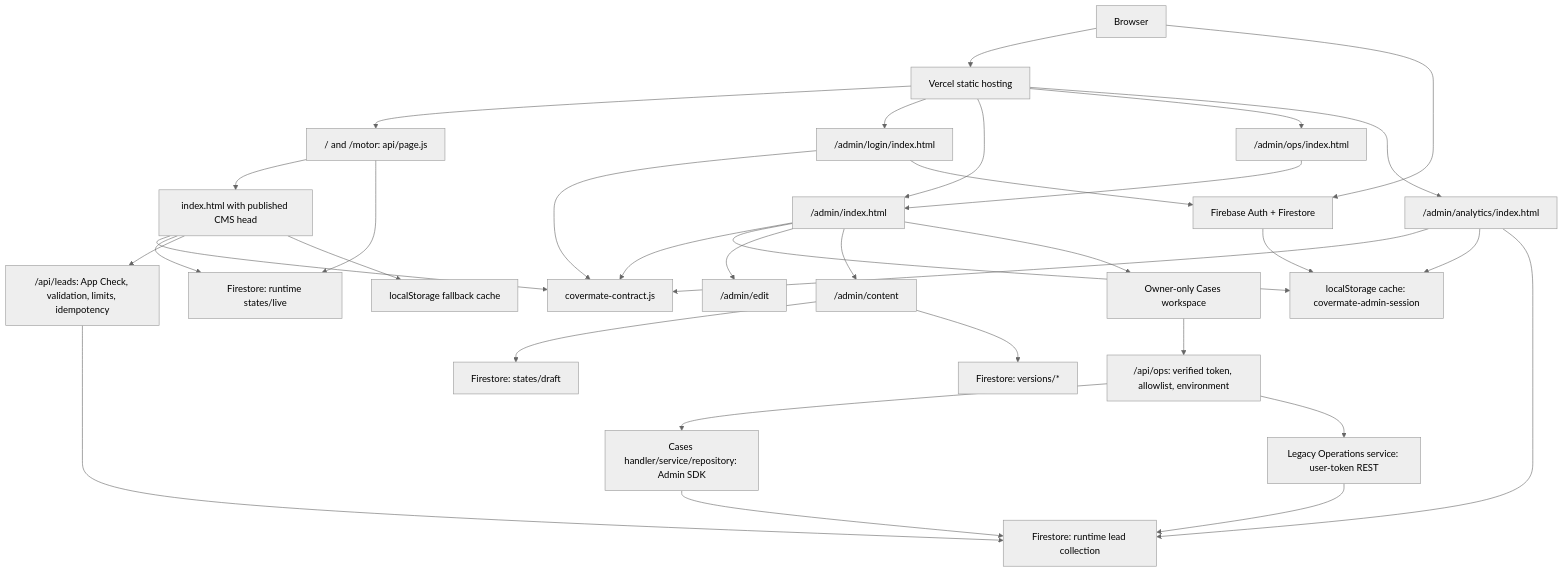
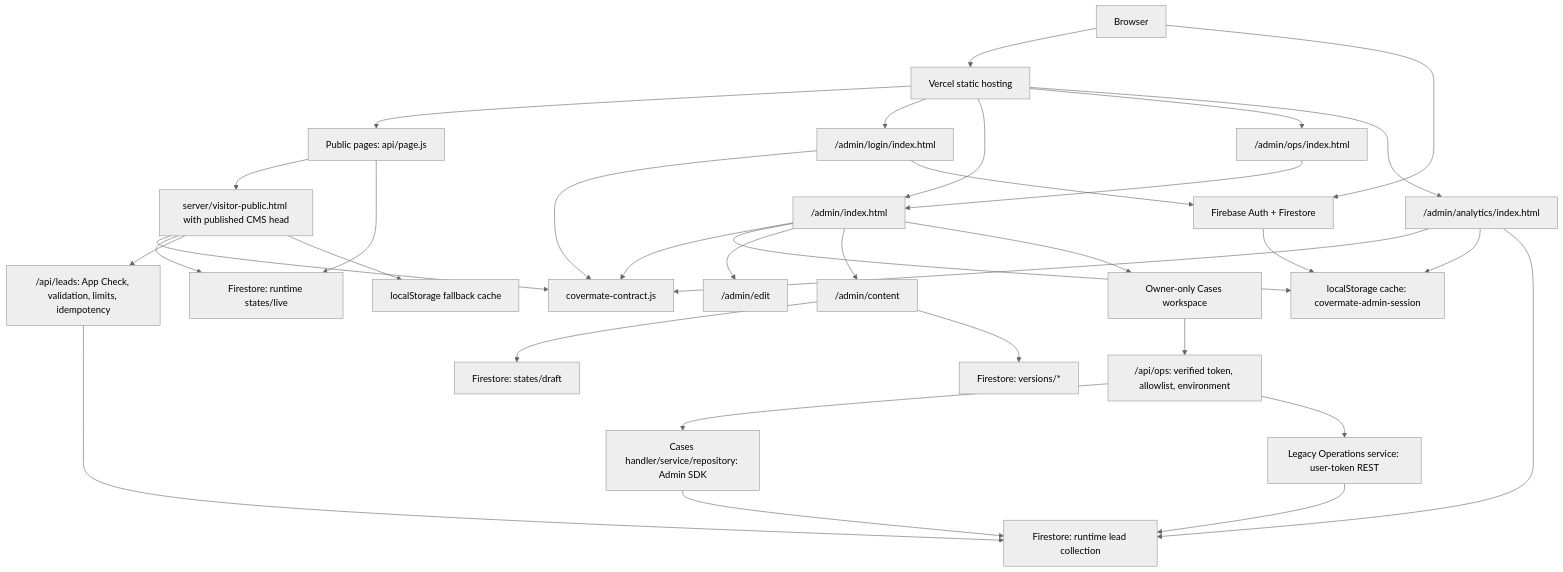
Before and after one commit to purichw/CoverMate: the diagram in docs/ARCHITECTURE.md, drawn with Mermaid (neutral theme). The commit also changed other lines of this file and 19 other files, not shown here.

Commit message:
Split public visitor payload and localize page functions

````diff
--- a/docs/ARCHITECTURE.md
+++ b/docs/ARCHITECTURE.md
@@ -30,36 +37,36 @@
 ```mermaid
 flowchart TD
   Browser["Browser"] --> Vercel["Vercel static hosting"]
-  Vercel --> SEO["/ and /motor: api/page.js"]
-  SEO --> Public["index.html with published CMS head"]
+  Vercel --> SEO["Public pages: api/page.js"]
+  SEO --> Public["server/visitor-public.html with published CMS head"]
   SEO --> Live
   Vercel --> Login["/admin/login/index.html"]
   Vercel --> Launcher["/admin/index.html"]
   Vercel --> OpsShim["/admin/ops/index.html"]
   Vercel --> Analytics["/admin/analytics/index.html"]
   OpsShim --> Launcher
   Browser --> Firebase["Firebase Auth + Firestore"]
   Public --> Contract["covermate-contract.js"]
   Login --> Contract
   Launcher --> Contract
   Analytics --> Contract
   Public --> Live["Firestore: runtime states/live"]
   Public --> LeadAPI["/api/leads: App Check, validation, limits, idempotency"]
   LeadAPI --> Leads["Firestore: runtime lead collection"]
   Public --> Store["localStorage fallback cache"]
   PublicAdmin --> Draft["Firestore: states/draft"]
   PublicAdmin --> Versions["Firestore: versions/*"]
   Login --> Firebase
   Firebase --> Session["localStorage cache: covermate-admin-session"]
   Launcher --> Session
   Analytics --> Session
   Analytics --> Leads
   Launcher --> PublicEdit["/admin/edit"]
   Launcher --> PublicAdmin["/admin/content"]
   Launcher --> Cases["Owner-only Cases workspace"]
   Cases --> OpsAPI["/api/ops: verified token, allowlist, environment"]
   OpsAPI --> CasesService["Cases handler/service/repository: Admin SDK"]
   OpsAPI --> LegacyOps["Legacy Operations service: user-token REST"]
   CasesService --> Leads
   LegacyOps --> Leads
 ```
````
